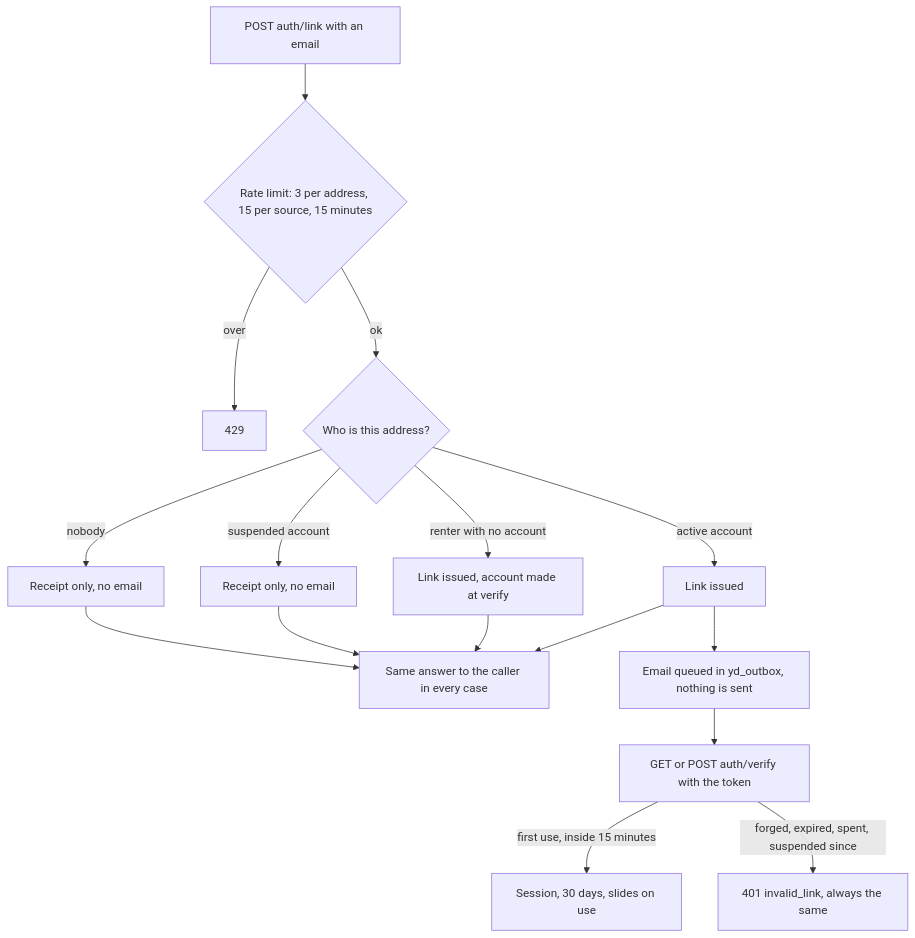
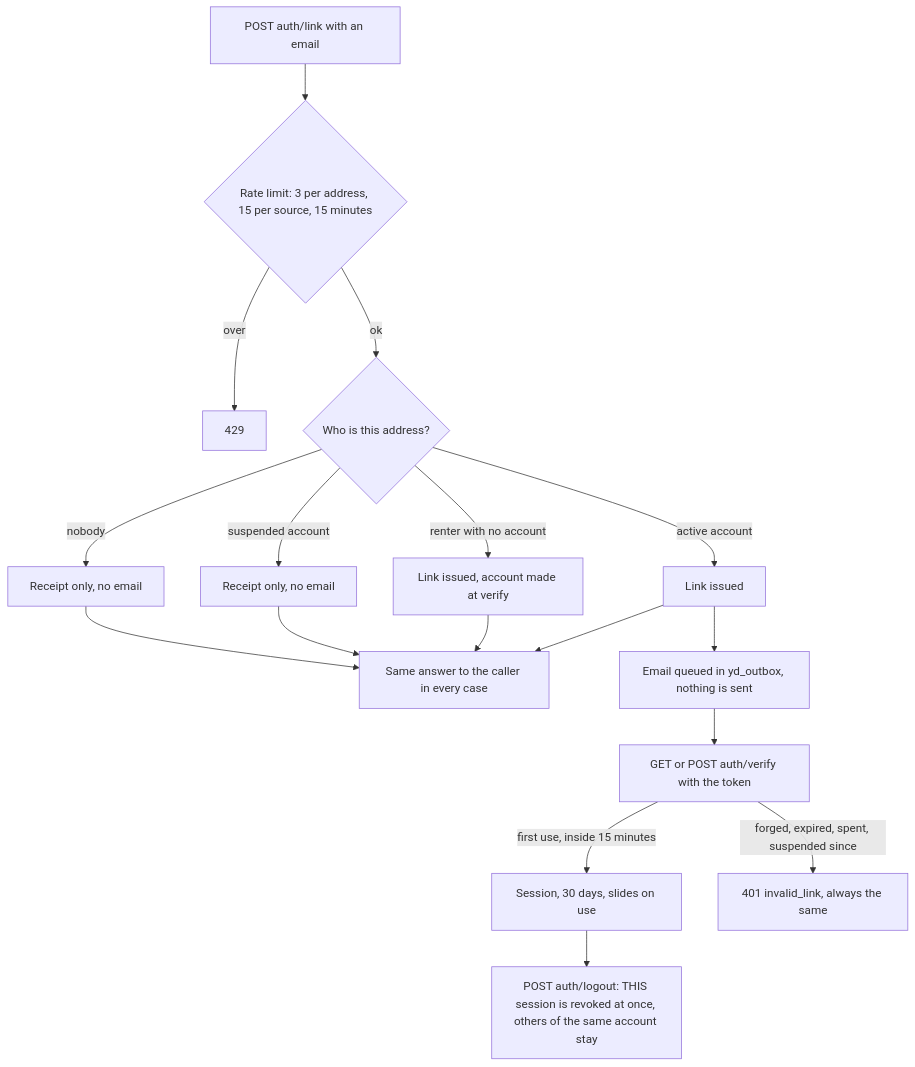
One commit to ZootimusMaximusSupreme/Fundhub_ai changed the second of 19 diagrams in docs/journeys/yesdoor-flow.md. Above: the diagram before and after it, drawn with Mermaid. The commit also changed other lines of this file and 10 other files, not shown here.

````diff
--- a/docs/journeys/yesdoor-flow.md
+++ b/docs/journeys/yesdoor-flow.md
@@ -36,18 +36,19 @@
 ```mermaid
 flowchart TD
     A[POST auth/link with an email] --> L{Rate limit: 3 per address, 15 per source, 15 minutes}
     L -->|over| X[429]
     L -->|ok| W{Who is this address?}
     W -->|active account| I[Link issued]
     W -->|renter with no account| I2[Link issued, account made at verify]
     W -->|suspended account| N[Receipt only, no email]
     W -->|nobody| N2[Receipt only, no email]
     I --> U[Same answer to the caller in every case]
     I2 --> U
     N --> U
     N2 --> U
     I --> E[Email queued in yd_outbox, nothing is sent]
     E --> V[GET or POST auth/verify with the token]
     V -->|first use, inside 15 minutes| T[Session, 30 days, slides on use]
+    T --> O[POST auth/logout: THIS session is revoked at once, others of the same account stay]
     V -->|forged, expired, spent, suspended since| F[401 invalid_link, always the same]
 ```
````
